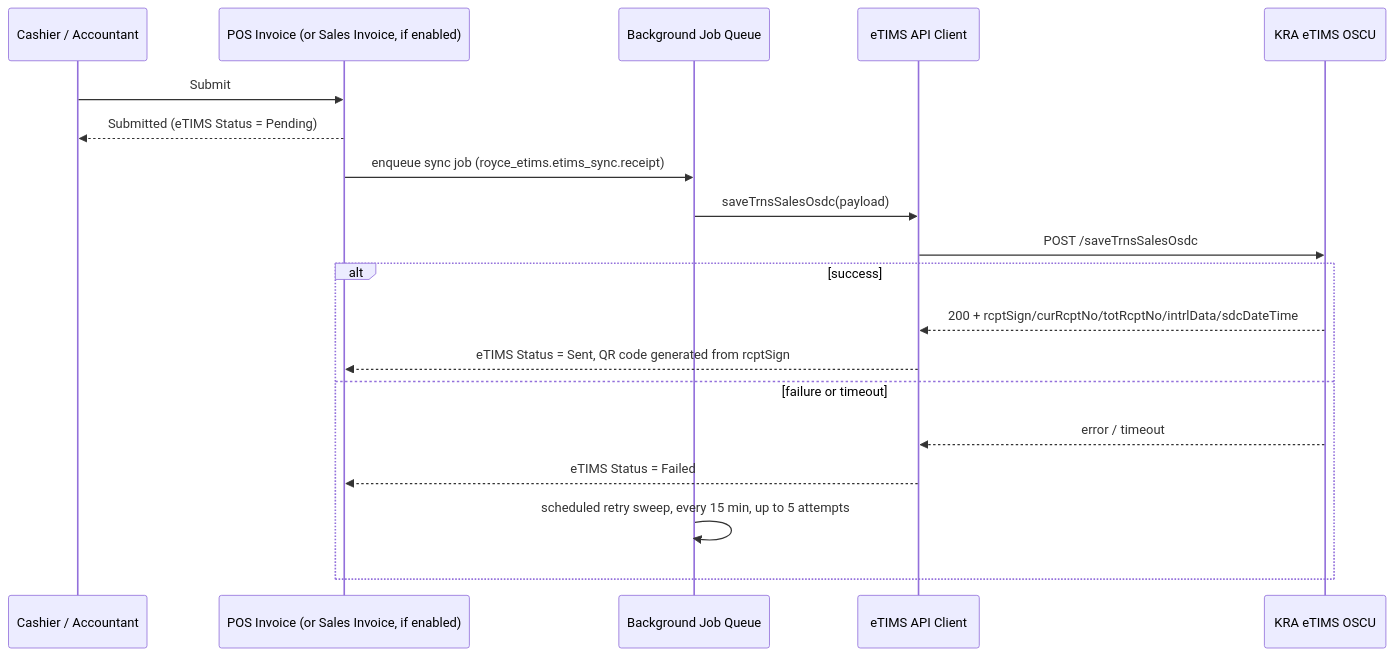
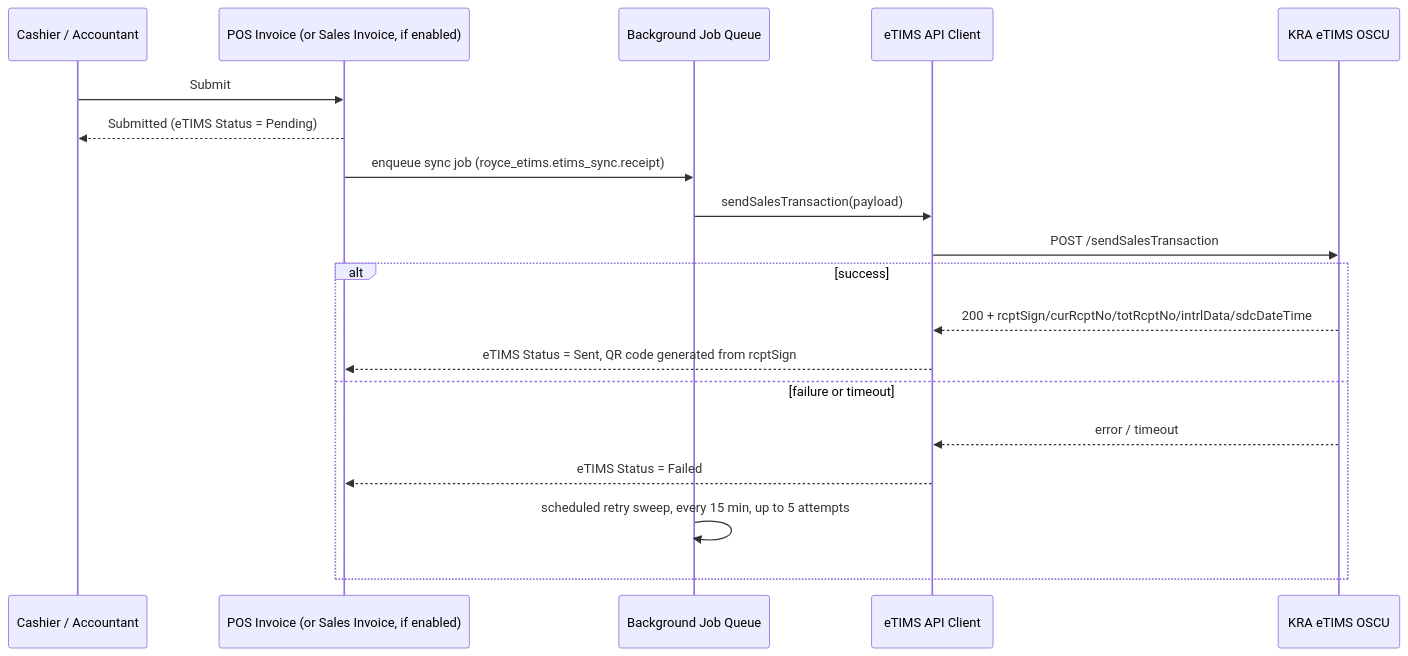
One commit to royceltd/en_royce_etims changed the fourth of 4 diagrams in docs/architecture.md. Above: the diagram before and after it, drawn with Mermaid. The commit also changed other lines of this file and 6 other files, not shown here.

````diff
--- a/docs/architecture.md
+++ b/docs/architecture.md
@@ -243,22 +345,22 @@
 ```mermaid
 sequenceDiagram
     participant U as Cashier / Accountant
     participant D as POS Invoice (or Sales Invoice, if enabled)
     participant Q as Background Job Queue
     participant API as eTIMS API Client
     participant KRA as KRA eTIMS OSCU
 
     U->>D: Submit
     D-->>U: Submitted (eTIMS Status = Pending)
     D->>Q: enqueue sync job (royce_etims.etims_sync.receipt)
-    Q->>API: saveTrnsSalesOsdc(payload)
-    API->>KRA: POST /saveTrnsSalesOsdc
+    Q->>API: sendSalesTransaction(payload)
+    API->>KRA: POST /sendSalesTransaction
     alt success
         KRA-->>API: 200 + rcptSign/curRcptNo/totRcptNo/intrlData/sdcDateTime
         API-->>D: eTIMS Status = Sent, QR code generated from rcptSign
     else failure or timeout
         KRA-->>API: error / timeout
         API-->>D: eTIMS Status = Failed
         Q->>Q: scheduled retry sweep, every 15 min, up to 5 attempts
     end
 ```
````
